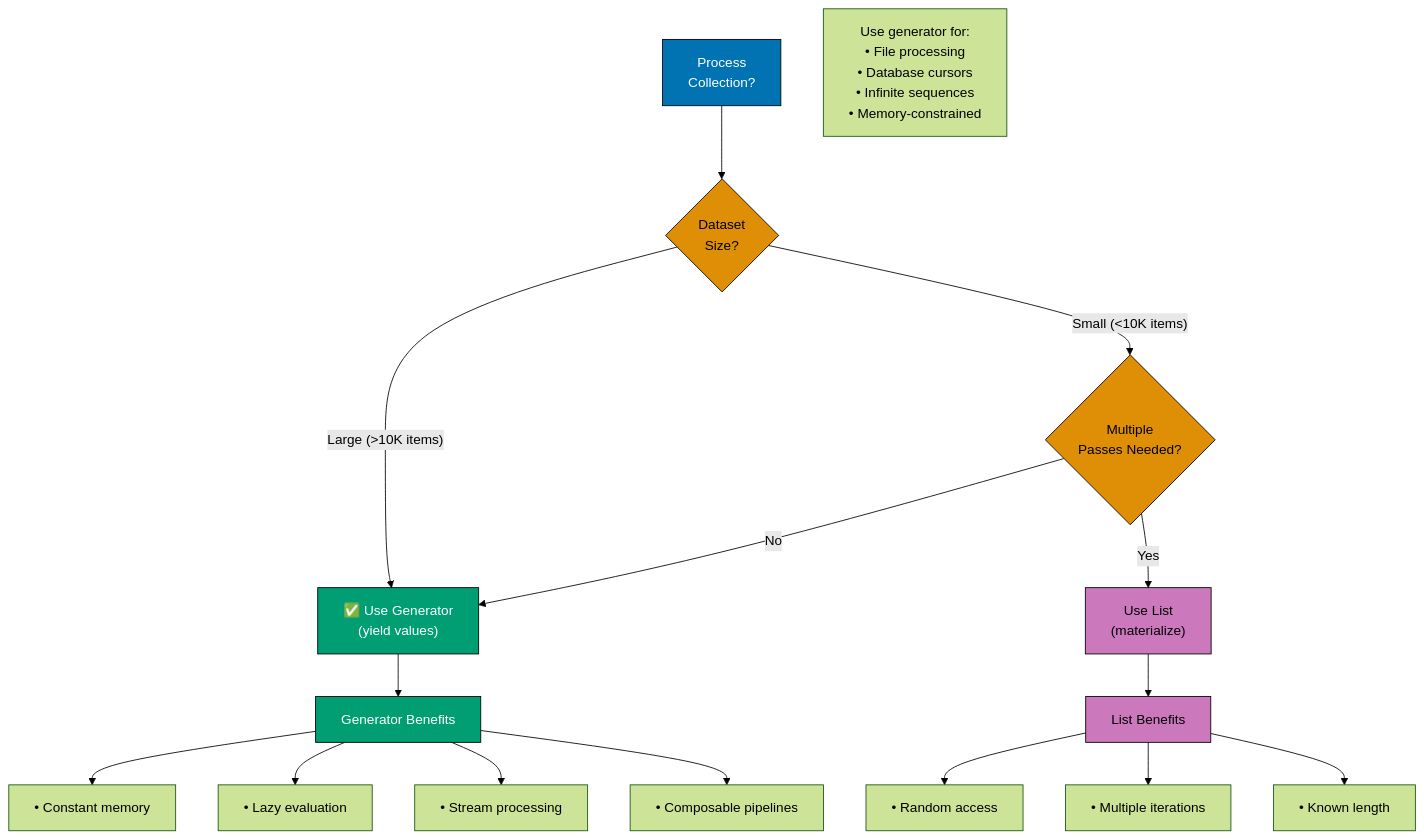
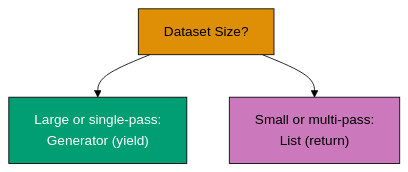
One commit to wahidyankf/ose-primer changed the fourth of 7 diagrams in docs/explanation/software-engineering/programming-languages/python/idioms.md. Above: the diagram before and after it, drawn with Mermaid (forest theme). The commit also changed other lines of this file and 12 other files, not shown here.

Commit message:
fix(docs): fix mermaid violations in python/ docs (batch 2/10)

````diff
--- a/docs/explanation/software-engineering/programming-languages/python/idioms.md
+++ b/docs/explanation/software-engineering/programming-languages/python/idioms.md
@@ -682,31 +660,12 @@
 ```mermaid
 %% Color Palette: Blue #0173B2, Orange #DE8F05, Teal #029E73, Purple #CC78BC
 %% All colors are color-blind friendly and meet WCAG AA contrast standards
 
 graph TD
-    A["Process<br/>Collection?"]:::blue --> B{"Dataset<br/>Size?"}:::orange
+    A["Dataset Size?"]:::orange --> B["Large or single-pass:<br/>Generator (yield)"]:::teal
+    A --> C["Small or multi-pass:<br/>List (return)"]:::purple
 
-    B -->|"Large (>10K items)"| C["✅ Use Generator<br/>(yield values)"]:::teal
-    B -->|"Small (<10K items)"| D{"Multiple<br/>Passes Needed?"}:::orange
-
-    D -->|"Yes"| E["Use List<br/>(materialize)"]:::purple
-    D -->|"No"| C
-
-    C --> F["Generator Benefits"]:::teal
-    F --> F1["• Constant memory"]
-    F --> F2["• Lazy evaluation"]
-    F --> F3["• Stream processing"]
-    F --> F4["• Composable pipelines"]
-
-    E --> G["List Benefits"]:::purple
-    G --> G1["• Random access"]
-    G --> G2["• Multiple iterations"]
-    G --> G3["• Known length"]
-
-    Note["Use generator for:<br/>• File processing<br/>• Database cursors<br/>• Infinite sequences<br/>• Memory-constrained"]
-
-    classDef blue fill:#0173B2,stroke:#000,color:#fff
     classDef orange fill:#DE8F05,stroke:#000,color:#000
     classDef teal fill:#029E73,stroke:#000,color:#fff
     classDef purple fill:#CC78BC,stroke:#000,color:#000
 ```
````
